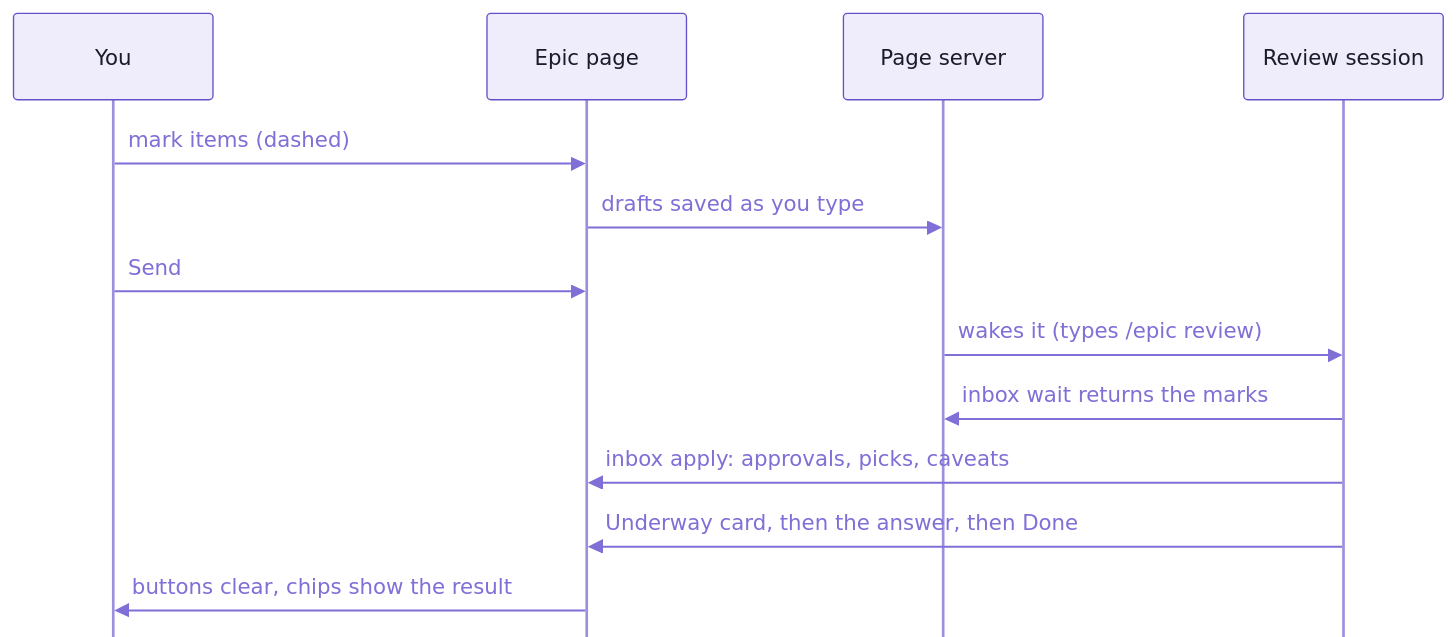
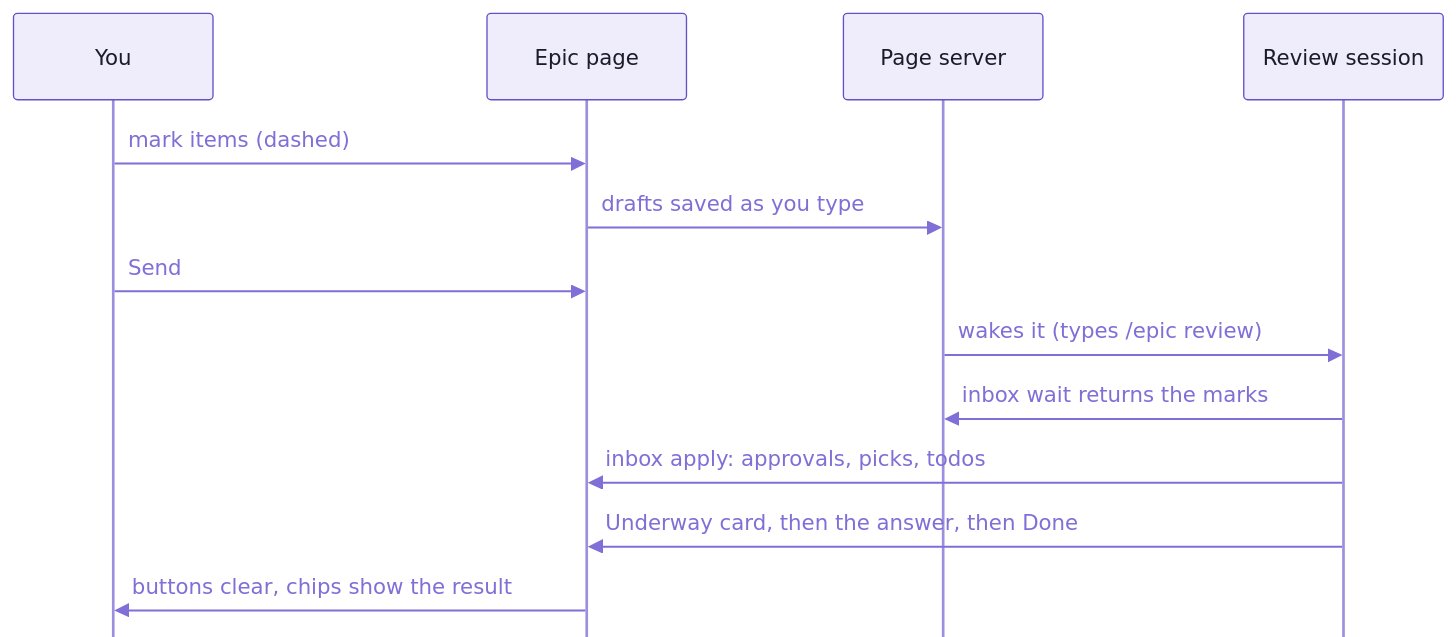
Before and after one commit to spell-app/spell: the first of 3 diagrams in epic/README-pages.md, drawn with Mermaid. The commit also changed other lines of this file and 136 other files, not shown here.

````diff
--- a/epic/README-pages.md
+++ b/epic/README-pages.md
@@ -135,16 +135,16 @@
 ```mermaid
 %%{init: {"theme":"base","themeVariables":{"fontFamily":"-apple-system, BlinkMacSystemFont, Segoe UI, Helvetica, Arial, sans-serif","fontSize":"15px","primaryColor":"#EFECFB","primaryBorderColor":"#6550CA","primaryTextColor":"#1A1C27","secondaryColor":"#F4F1E9","tertiaryColor":"#F7F6FC","lineColor":"#7F6FD6","textColor":"#7F6FD6","clusterBkg":"#F7F6FC","clusterBorder":"#B9B0E8","titleColor":"#1A1C27","edgeLabelBackground":"#F7F6FC","actorBkg":"#EFECFB","actorBorder":"#6550CA","actorTextColor":"#1A1C27","actorLineColor":"#9C90DE","signalColor":"#7F6FD6","signalTextColor":"#7F6FD6","labelBoxBkgColor":"#EFECFB","labelBoxBorderColor":"#6550CA","labelTextColor":"#1A1C27","loopTextColor":"#7F6FD6","noteBkgColor":"#F1E7D4","noteBorderColor":"#C9B48A","noteTextColor":"#1A1C27","activationBkgColor":"#DCD6F7","activationBorderColor":"#6550CA","sequenceNumberColor":"#FFFFFF"},"sequence":{"mirrorActors":false,"messageAlign":"left","noteAlign":"left"}}}%%
 sequenceDiagram
   participant You
   participant Page as Epic page
   participant Server as Page server
   participant Session as Review session
   You->>Page: mark items (dashed)
   Page->>Server: drafts saved as you type
   You->>Page: Send
   Server->>Session: wakes it (types /epic review)
   Session->>Server: inbox wait returns the marks
-  Session->>Page: inbox apply:  approvals, picks, caveats
+  Session->>Page: inbox apply:  approvals, picks, todos
   Session->>Page: Underway card, then the answer, then Done
   Page->>You: buttons clear, chips show the result
 ```
````
